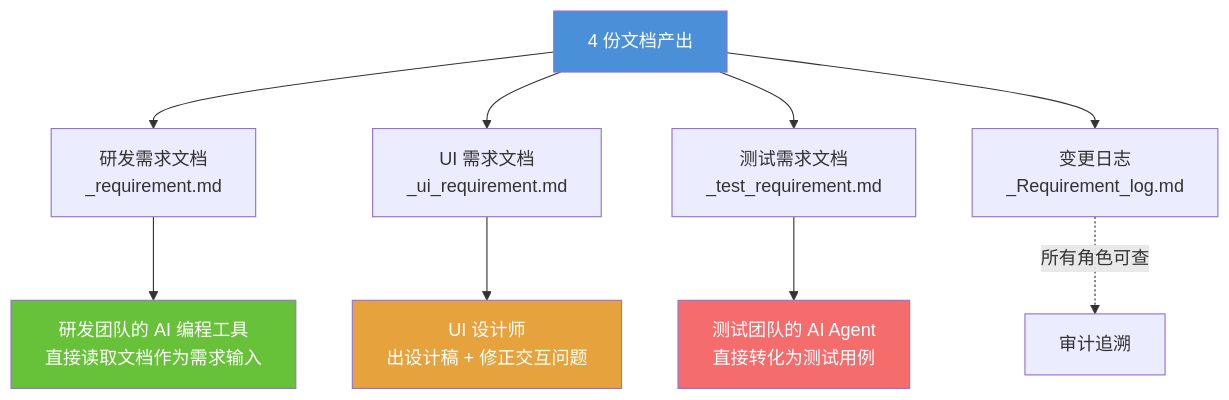
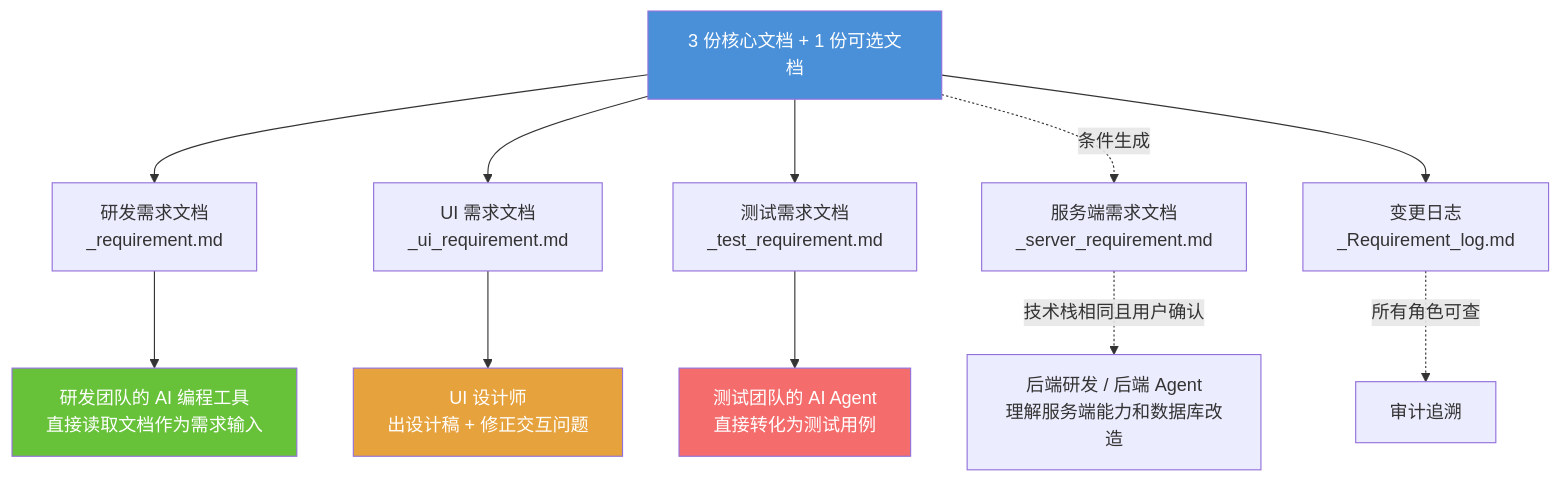
The fifth of 7 diagrams in product-workflow.md (LarryLiny/U-PM-MD-generate), drawn with Mermaid before and after one commit. The commit also changed other lines of this file and 26 other files, not shown here.

First line of the commit message:
feat: demotomd v4.0.0 — 补齐测试可执行性 + Definition of Done + mermaid

````diff
--- a/product-workflow.md
+++ b/product-workflow.md
@@ -152,18 +177,20 @@
 ```mermaid
 flowchart TB
-    DOCS[4 份文档产出] --> DEV[研发需求文档<br/>_requirement.md]
+    DOCS[3 份核心文档 + 1 份可选文档] --> DEV[研发需求文档<br/>_requirement.md]
     DOCS --> UI[UI 需求文档<br/>_ui_requirement.md]
     DOCS --> TEST[测试需求文档<br/>_test_requirement.md]
+    DOCS -. 条件生成 .-> SERVER[服务端需求文档<br/>_server_requirement.md]
     DOCS --> LOG[变更日志<br/>_Requirement_log.md]
 
     DEV --> DEV_TEAM[研发团队的 AI 编程工具<br/>直接读取文档作为需求输入]
     UI --> UI_TEAM[UI 设计师<br/>出设计稿 + 修正交互问题]
     TEST --> TEST_TEAM[测试团队的 AI Agent<br/>直接转化为测试用例]
+    SERVER -. 技术栈相同且用户确认 .-> SERVER_TEAM[后端研发 / 后端 Agent<br/>理解服务端能力和数据库改造]
 
     LOG -.-> |所有角色可查| ALL[审计追溯]
 
     style DOCS fill:#4A90D9,color:#fff
     style DEV_TEAM fill:#67C23A,color:#fff
     style UI_TEAM fill:#E6A23C,color:#fff
     style TEST_TEAM fill:#F56C6C,color:#fff
 ```
````
